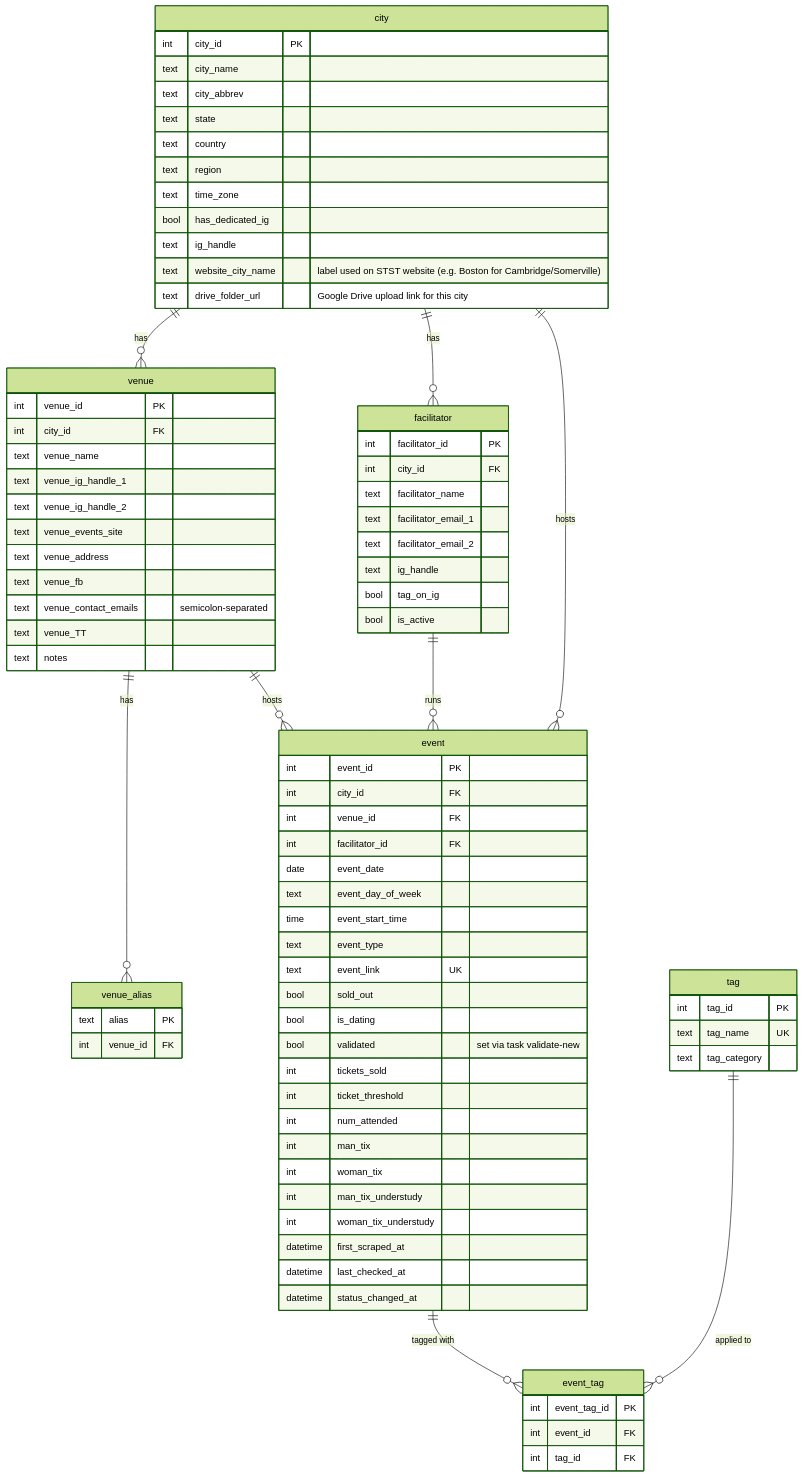
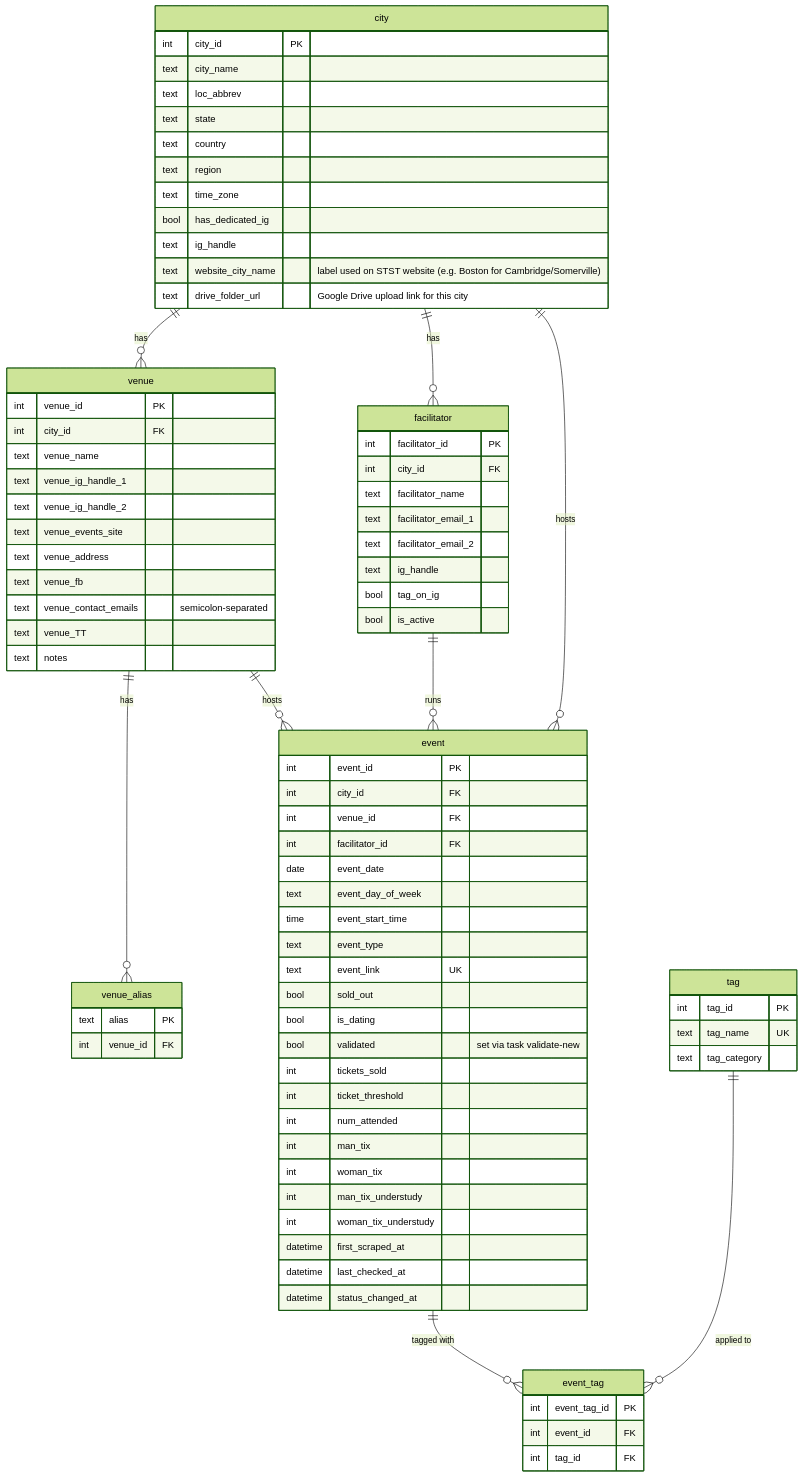
One commit to ellen-dege/stst_dev changed the diagram in README.md. Above: the diagram before and after it, drawn with Mermaid (forest theme). The commit also changed 12 other files, not shown here.

Commit message:
manually added new venues to seed_data.yaml and added to gitkeep, changed city_abbrev to loc_abbrev to reflect mappings of SF and BOS area cities to those website locations, and removed UTM generation from DB script

```diff
--- a/README.md
+++ b/README.md
@@ -118,7 +118,7 @@
     city {
         int city_id PK
         text city_name
-        text city_abbrev
+        text loc_abbrev
         text state
         text country
         text region
```
